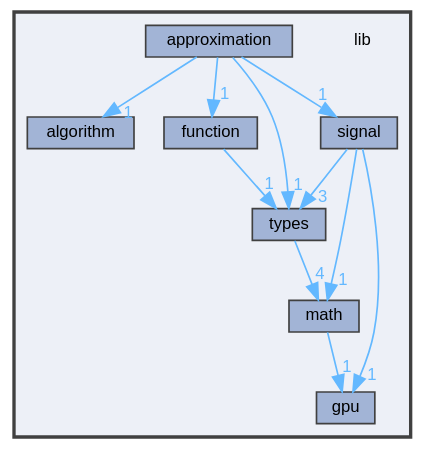
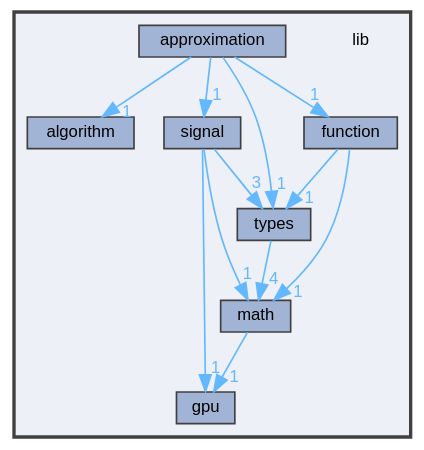
One commit to pawelekg95/algopp changed the diagram in dir_97aefd0d527b934f1d99a682da8fe6a9_dep.dot. Above: the diagram before and after it, drawn with Graphviz. The commit also changed 31 other files, not shown here.

```diff
--- a/dir_97aefd0d527b934f1d99a682da8fe6a9_dep.dot
+++ b/dir_97aefd0d527b934f1d99a682da8fe6a9_dep.dot
@@ -1,29 +1,30 @@
 digraph "lib"
 {
  // LATEX_PDF_SIZE
   bgcolor="transparent";
   edge [fontname=Helvetica,fontsize=10,labelfontname=Helvetica,labelfontsize=10];
   node [fontname=Helvetica,fontsize=10,shape=box,height=0.2,width=0.4];
   compound=true
   subgraph clusterdir_97aefd0d527b934f1d99a682da8fe6a9 {
     graph [ bgcolor="#edf0f7", pencolor="grey25", label="", fontname=Helvetica,fontsize=10 style="filled,bold", URL="dir_97aefd0d527b934f1d99a682da8fe6a9.html",tooltip=""]
     dir_97aefd0d527b934f1d99a682da8fe6a9 [shape=plaintext, label="lib"];
   dir_f5dd86dbd9583e7b6fc3983d3949da68 [label="algorithm", fillcolor="#a2b4d6", color="grey25", style="filled", URL="dir_f5dd86dbd9583e7b6fc3983d3949da68.html",tooltip=""];
   dir_f4f6abf580949af0987efb2b5288cd6d [label="approximation", fillcolor="#a2b4d6", color="grey25", style="filled", URL="dir_f4f6abf580949af0987efb2b5288cd6d.html",tooltip=""];
   dir_3b39e246e957d89ef5380b11409e8380 [label="function", fillcolor="#a2b4d6", color="grey25", style="filled", URL="dir_3b39e246e957d89ef5380b11409e8380.html",tooltip=""];
   dir_b435b034dd8bd1dd5023912936717b85 [label="gpu", fillcolor="#a2b4d6", color="grey25", style="filled", URL="dir_b435b034dd8bd1dd5023912936717b85.html",tooltip=""];
   dir_a36354df93aef5eec904487b77fa4fab [label="math", fillcolor="#a2b4d6", color="grey25", style="filled", URL="dir_a36354df93aef5eec904487b77fa4fab.html",tooltip=""];
   dir_85595cb542db97c92303133db6d9ba0a [label="signal", fillcolor="#a2b4d6", color="grey25", style="filled", URL="dir_85595cb542db97c92303133db6d9ba0a.html",tooltip=""];
   dir_560694f03ee5bf1136d79e4f1ca1ca37 [label="types", fillcolor="#a2b4d6", color="grey25", style="filled", URL="dir_560694f03ee5bf1136d79e4f1ca1ca37.html",tooltip=""];
   }
   dir_f4f6abf580949af0987efb2b5288cd6d->dir_560694f03ee5bf1136d79e4f1ca1ca37 [headlabel="1", labeldistance=1.5 headhref="dir_000002_000028.html" color="steelblue1" fontcolor="steelblue1"];
   dir_f4f6abf580949af0987efb2b5288cd6d->dir_f5dd86dbd9583e7b6fc3983d3949da68 [headlabel="1", labeldistance=1.5 headhref="dir_000002_000000.html" color="steelblue1" fontcolor="steelblue1"];
   dir_f4f6abf580949af0987efb2b5288cd6d->dir_85595cb542db97c92303133db6d9ba0a [headlabel="1", labeldistance=1.5 headhref="dir_000002_000025.html" color="steelblue1" fontcolor="steelblue1"];
   dir_f4f6abf580949af0987efb2b5288cd6d->dir_3b39e246e957d89ef5380b11409e8380 [headlabel="1", labeldistance=1.5 headhref="dir_000002_000011.html" color="steelblue1" fontcolor="steelblue1"];
   dir_3b39e246e957d89ef5380b11409e8380->dir_560694f03ee5bf1136d79e4f1ca1ca37 [headlabel="1", labeldistance=1.5 headhref="dir_000011_000028.html" color="steelblue1" fontcolor="steelblue1"];
+  dir_3b39e246e957d89ef5380b11409e8380->dir_a36354df93aef5eec904487b77fa4fab [headlabel="1", labeldistance=1.5 headhref="dir_000011_000023.html" color="steelblue1" fontcolor="steelblue1"];
   dir_a36354df93aef5eec904487b77fa4fab->dir_b435b034dd8bd1dd5023912936717b85 [headlabel="1", labeldistance=1.5 headhref="dir_000023_000013.html" color="steelblue1" fontcolor="steelblue1"];
   dir_85595cb542db97c92303133db6d9ba0a->dir_a36354df93aef5eec904487b77fa4fab [headlabel="1", labeldistance=1.5 headhref="dir_000025_000023.html" color="steelblue1" fontcolor="steelblue1"];
   dir_85595cb542db97c92303133db6d9ba0a->dir_b435b034dd8bd1dd5023912936717b85 [headlabel="1", labeldistance=1.5 headhref="dir_000025_000013.html" color="steelblue1" fontcolor="steelblue1"];
   dir_85595cb542db97c92303133db6d9ba0a->dir_560694f03ee5bf1136d79e4f1ca1ca37 [headlabel="3", labeldistance=1.5 headhref="dir_000025_000028.html" color="steelblue1" fontcolor="steelblue1"];
   dir_560694f03ee5bf1136d79e4f1ca1ca37->dir_a36354df93aef5eec904487b77fa4fab [headlabel="4", labeldistance=1.5 headhref="dir_000028_000023.html" color="steelblue1" fontcolor="steelblue1"];
 }
```
